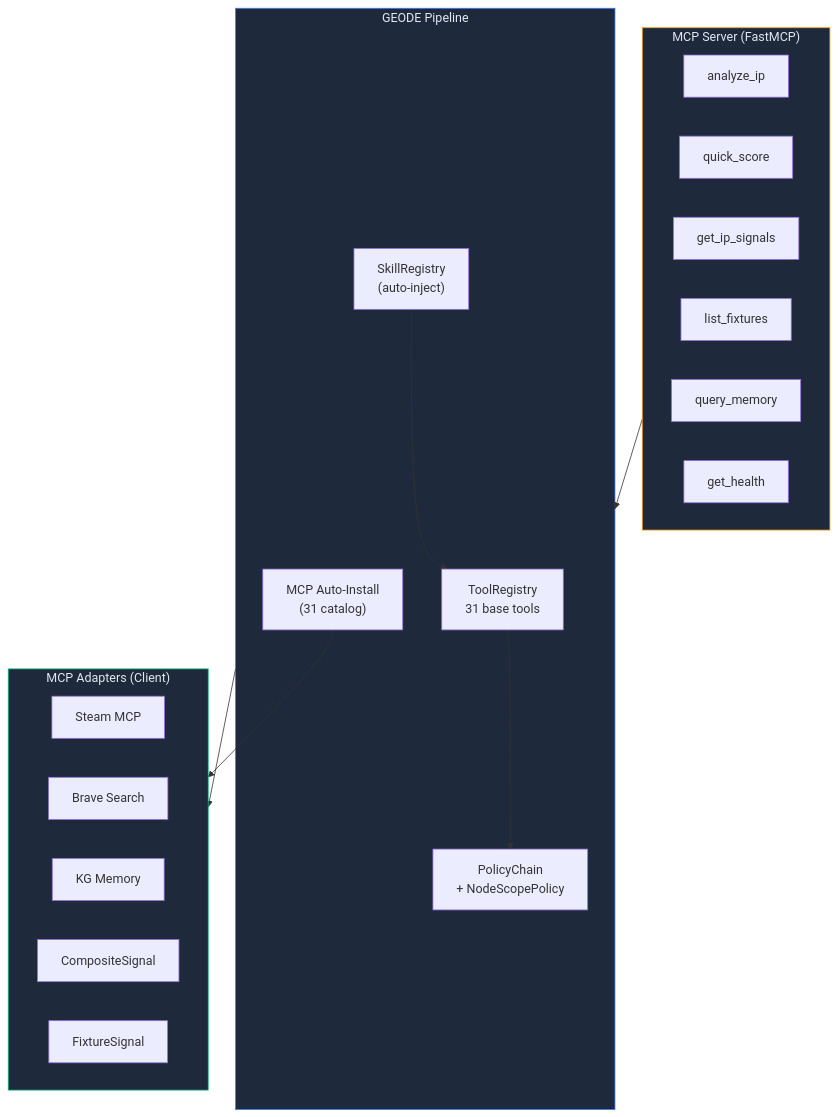
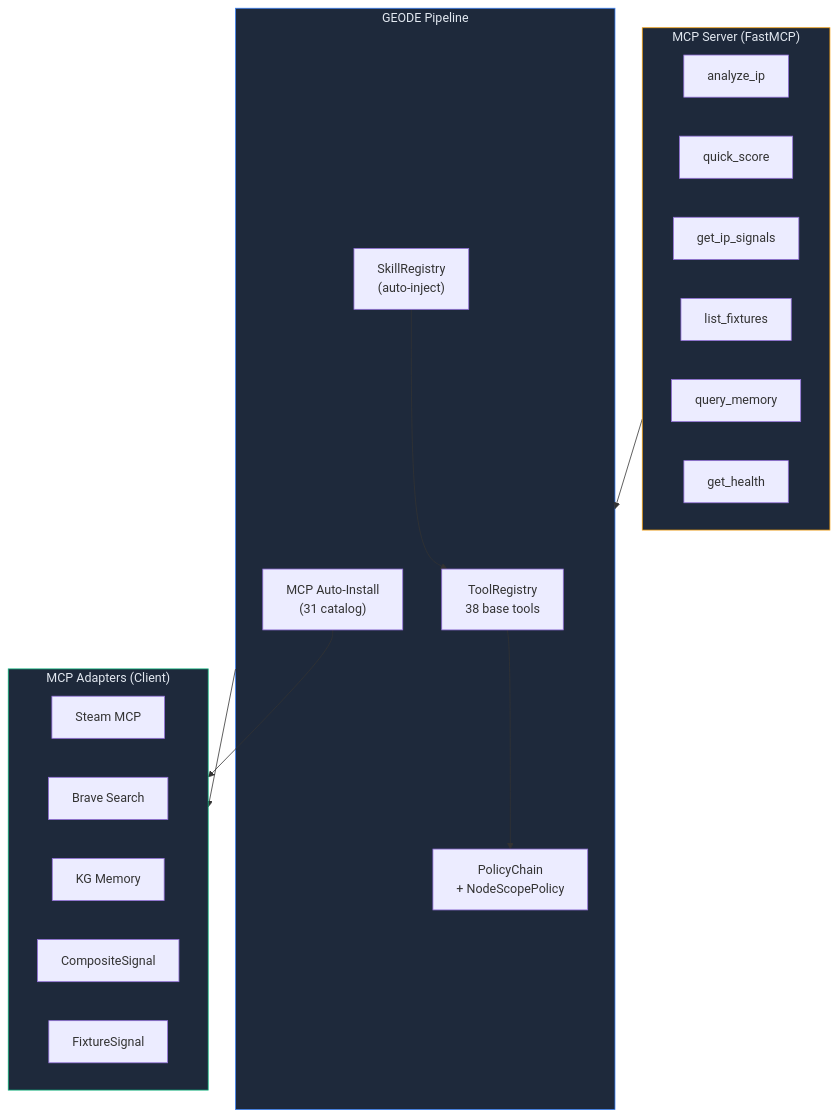
Before and after one commit to mangowhoiscloud/geode: the sixth of 12 diagrams in README.md, drawn with Mermaid. The commit also changed other lines of this file and 13 other files, not shown here.

````diff
--- a/README.md
+++ b/README.md
@@ -274,36 +275,36 @@
 ```mermaid
 graph TB
     subgraph GEODE["GEODE Pipeline"]
-        Registry["ToolRegistry<br/>31 base tools"]
+        Registry["ToolRegistry<br/>38 base tools"]
         Policy["PolicyChain<br/>+ NodeScopePolicy"]
         SkillReg["SkillRegistry<br/>(auto-inject)"]
         MCPInstall["MCP Auto-Install<br/>(31 catalog)"]
     end
 
     subgraph MCPAdapters["MCP Adapters (Client)"]
         Steam["Steam MCP"]
         Brave["Brave Search"]
         KGMem["KG Memory"]
         CompSig["CompositeSignal"]
         FixSig["FixtureSignal"]
     end
 
     subgraph MCPServer["MCP Server (FastMCP)"]
         T1["analyze_ip"]
         T2["quick_score"]
         T3["get_ip_signals"]
         T4["list_fixtures"]
         T5["query_memory"]
         T6["get_health"]
     end
 
     Registry --> Policy
     SkillReg --> Registry
     MCPInstall --> MCPAdapters
     GEODE --> MCPAdapters
     MCPServer --> GEODE
 
     style GEODE fill:#1e293b,stroke:#3b82f6,color:#e2e8f0
     style MCPAdapters fill:#1e293b,stroke:#10b981,color:#e2e8f0
     style MCPServer fill:#1e293b,stroke:#f59e0b,color:#e2e8f0
 ```
````
